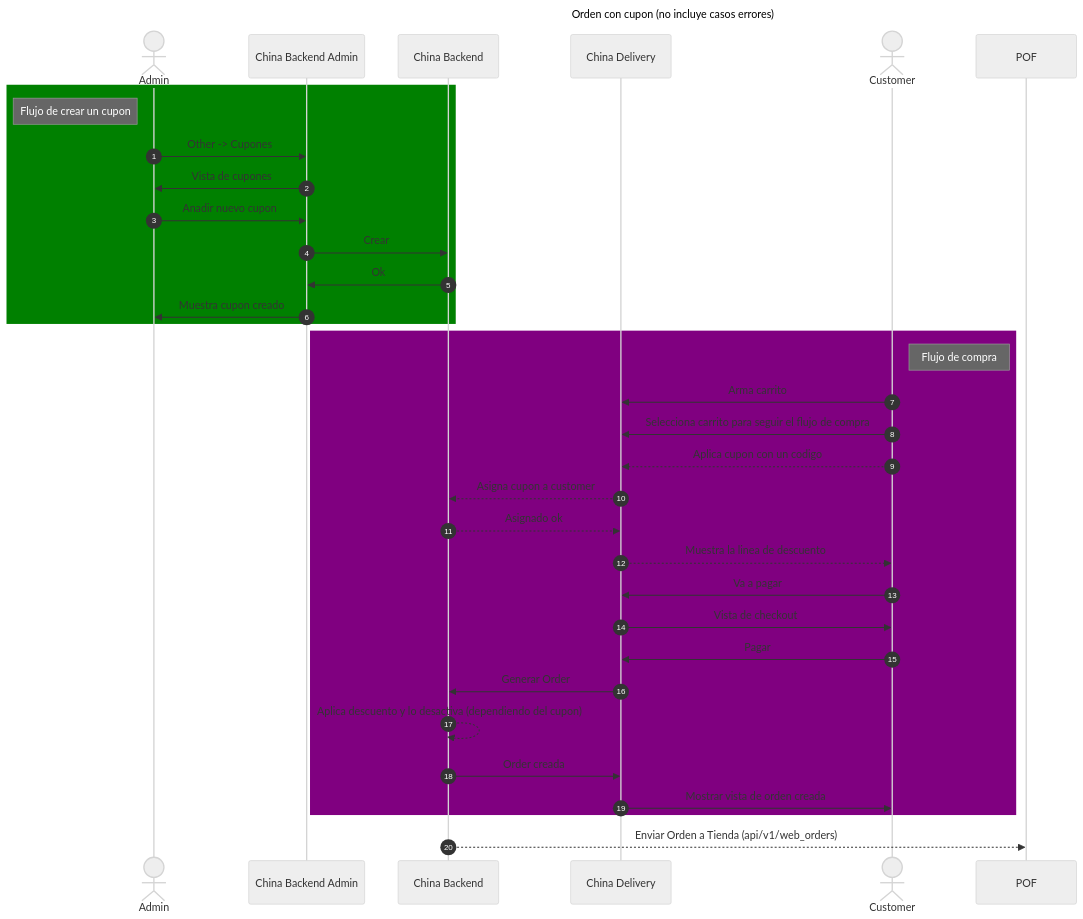
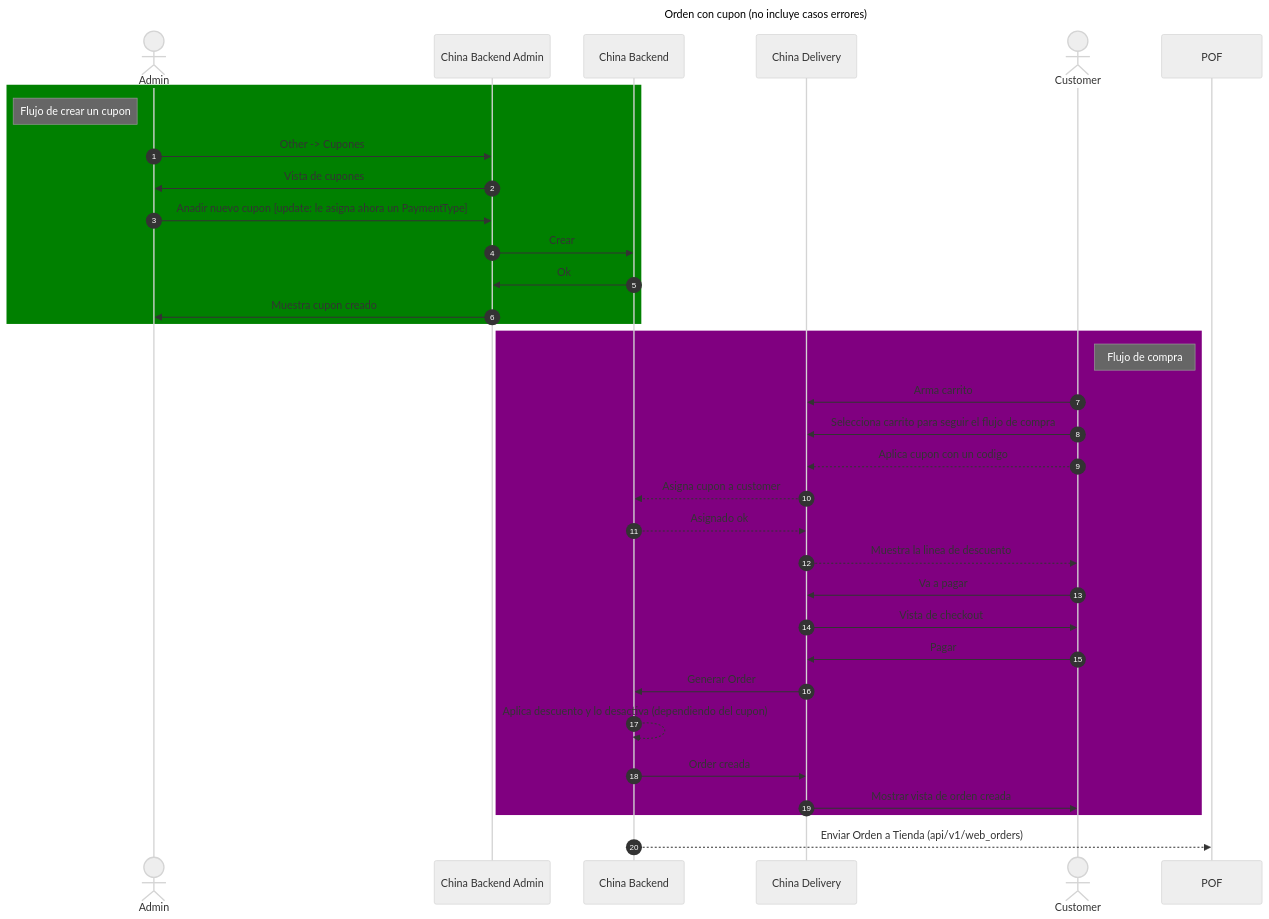
Before and after one commit to javix70/personal_obsidian: the second of 4 diagrams in 100_niufoods/03_projects/china_backend/documentation/orders/diagramns.md, drawn with Mermaid (neutral theme). The commit also changed 6 other files, not shown here.

````diff
--- a/100_niufoods/03_projects/china_backend/documentation/orders/diagramns.md
+++ b/100_niufoods/03_projects/china_backend/documentation/orders/diagramns.md
@@ -44,40 +44,40 @@
 ```mermaid
 ---
 title: Orden con cupon (no incluye casos errores)
 ---
 sequenceDiagram
     autonumber
     actor A as Admin
     participant BA as China Backend Admin
     participant B as China Backend
     participant D as China Delivery
     actor C as Customer
     participant POF
 
     rect Green
     note left of A: Flujo de crear un cupon
     A->>BA: Other -> Cupones 
     BA->>A: Vista de cupones
-    A->>BA: Anadir nuevo cupon
+    A->>BA: Anadir nuevo cupon [update: le asigna ahora un PaymentType]
     BA->>B: Crear
     B->>BA: Ok
     BA->>A: Muestra cupon creado
     end
     rect Purple
     note right of C: Flujo de compra
     C->>D: Arma carrito
     C->>D: Selecciona carrito para seguir el flujo de compra
     C-->>D: Aplica cupon con un codigo
     D-->>B: Asigna cupon a customer
     B-->>D: Asignado ok
     D-->>C: Muestra la linea de descuento
     C->>D: Va a pagar
     D->>C: Vista de checkout
     C->>D: Pagar
     D->>B: Generar Order
     B-->>B: Aplica descuento y lo desactiva (dependiendo del cupon)
     B->>D: Order creada
     D->>C: Mostrar vista de orden creada
     end
     B-->>POF: Enviar Orden a Tienda (api/v1/web_orders)
 ```
````
